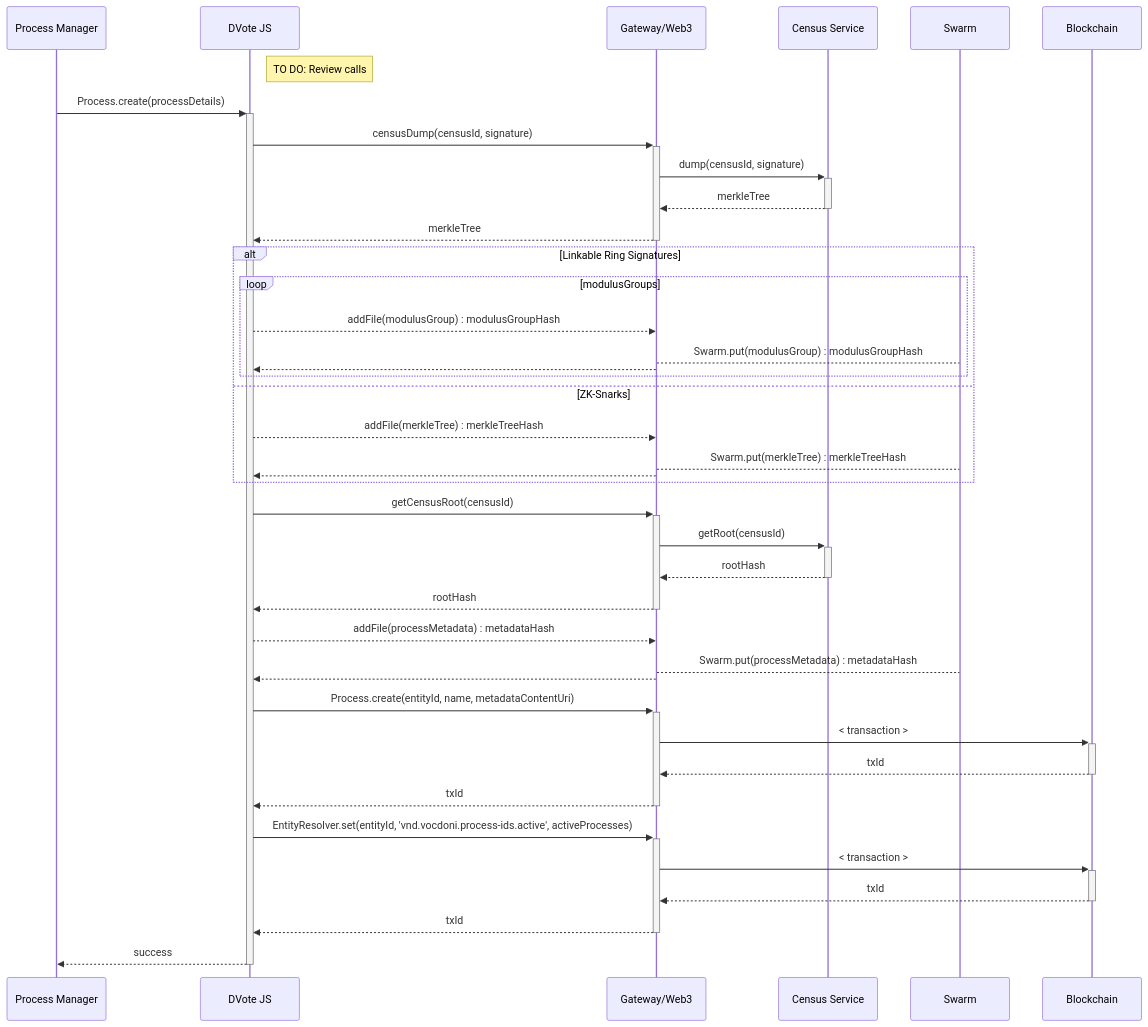
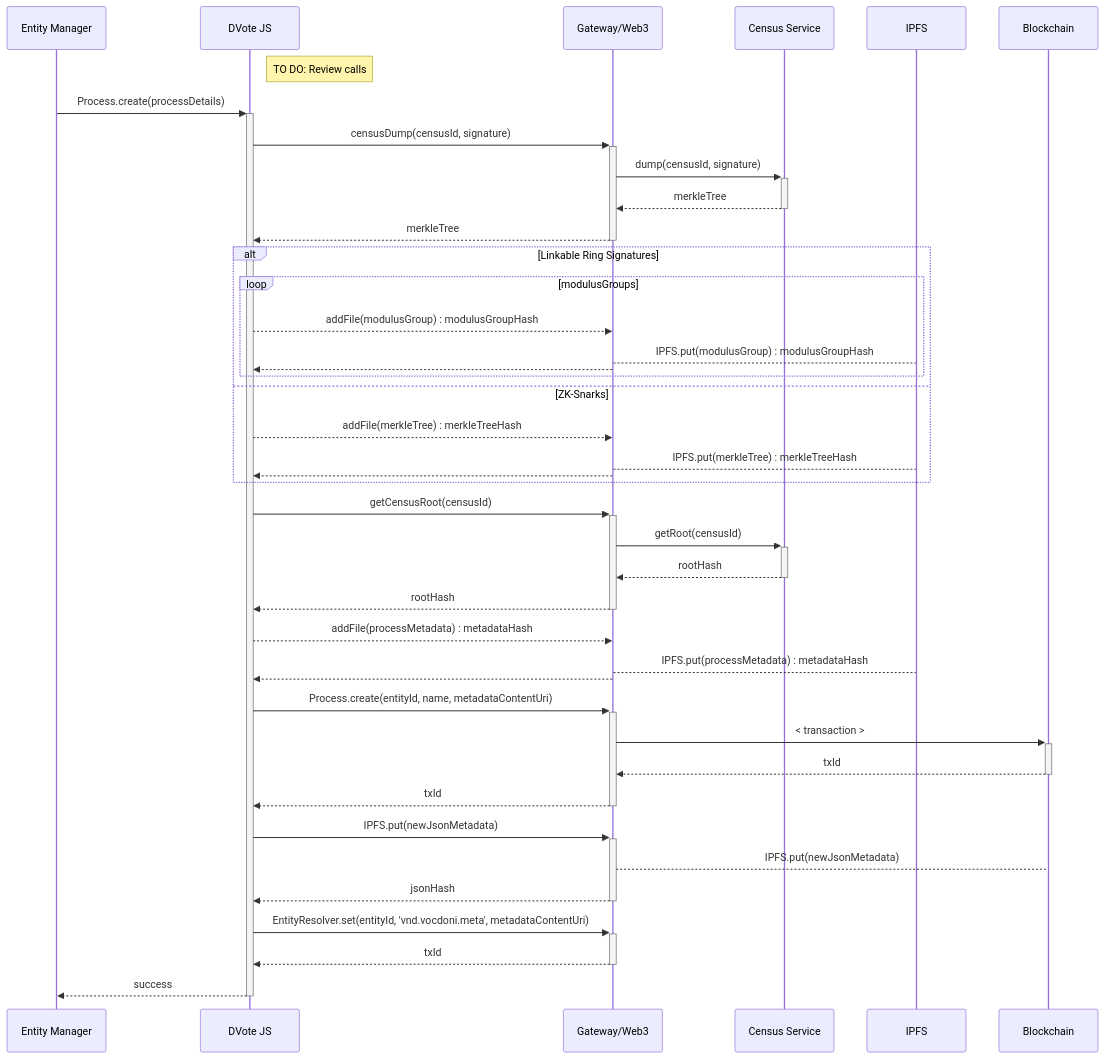
The seventh of 15 diagrams in docs/architecture/sequence-diagrams.md (vocdoni/docs), drawn with Mermaid before and after one commit. The commit also changed other lines of this file and 1 other file, not shown here.

Commit message:
Updating the sequence diagrams for the Entity

````diff
--- a/docs/architecture/sequence-diagrams.md
+++ b/docs/architecture/sequence-diagrams.md
@@ -337,51 +329,53 @@
 ```mermaid
 sequenceDiagram
-    participant PM as Process Manager
+    participant PM as Entity Manager
     participant DV as DVote JS
     participant GW as Gateway/Web3
     participant CS as Census Service
-    participant SW as Swarm
+    participant IPFS as IPFS
     participant BC as Blockchain
 
     Note right of DV: TO DO: Review calls
 
     PM->>+DV: Process.create(processDetails)
 
         DV->>+GW: censusDump(censusId, signature)
             GW->>+CS: dump(censusId, signature)
             CS-->>-GW: merkleTree
         GW-->>-DV: merkleTree
 
         alt Linkable Ring Signatures
             loop modulusGroups
                 DV-->>GW: addFile(modulusGroup) : modulusGroupHash
-                    GW-->SW: Swarm.put(modulusGroup) : modulusGroupHash
+                    GW-->IPFS: IPFS.put(modulusGroup) : modulusGroupHash
                 GW-->>DV: 
             end
         else ZK-Snarks
             DV-->>GW: addFile(merkleTree) : merkleTreeHash
-                GW-->SW: Swarm.put(merkleTree) : merkleTreeHash
+                GW-->IPFS: IPFS.put(merkleTree) : merkleTreeHash
             GW-->>DV: 
         end
 
         DV->>+GW: getCensusRoot(censusId)
         GW->>+CS: getRoot(censusId)
         CS-->>-GW: rootHash
         GW-->>-DV: rootHash
 
         DV-->>GW: addFile(processMetadata) : metadataHash
-            GW-->SW: Swarm.put(processMetadata) : metadataHash
+            GW-->IPFS: IPFS.put(processMetadata) : metadataHash
         GW-->>DV: 
 
         DV->>+GW: Process.create(entityId, name, metadataContentUri)
             GW->>+BC: #60; transaction #62;
             BC-->>-GW: txId
         GW-->>-DV: txId
 
-        DV->>+GW: EntityResolver.set(entityId, 'vnd.vocdoni.process-ids.active', activeProcesses)
-            GW->>+BC: #60; transaction #62;
-            BC-->>-GW: txId
+        DV->>+GW: IPFS.put(newJsonMetadata)
+            GW-->BC: IPFS.put(newJsonMetadata)
+        GW-->>-DV: jsonHash
+
+        DV->>+GW: EntityResolver.set(entityId, 'vnd.vocdoni.meta', metadataContentUri)
         GW-->>-DV: txId
 
     DV-->>-PM: success
 ```
````
